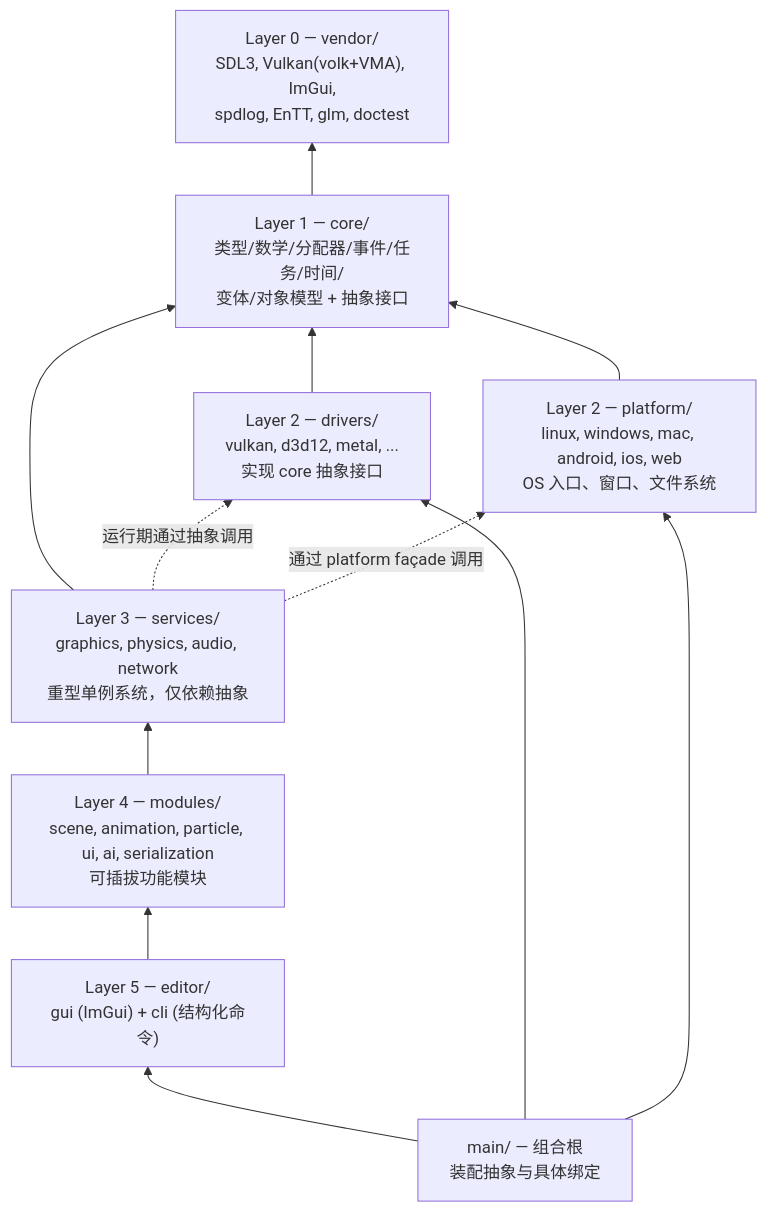
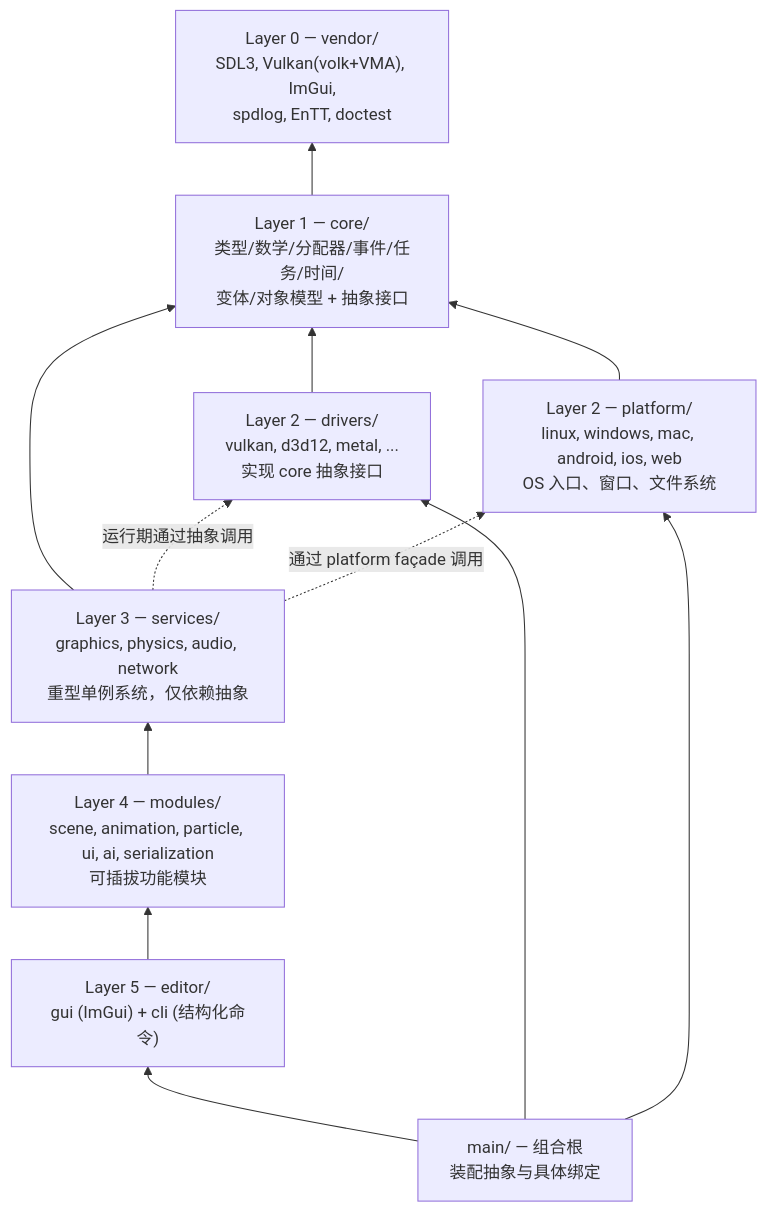
Before and after one commit to Furry-Monster/Rover: the first of 2 diagrams in docs/dev/ARCHITECTURE.md, drawn with Mermaid. The commit also changed other lines of this file and 14 other files, not shown here.

````diff
--- a/docs/dev/ARCHITECTURE.md
+++ b/docs/dev/ARCHITECTURE.md
@@ -20,23 +20,23 @@
 ```mermaid
 graph BT
-    L0["Layer 0 — vendor/<br/>SDL3, Vulkan(volk+VMA), ImGui,<br/>spdlog, EnTT, glm, doctest"]
+    L0["Layer 0 — vendor/<br/>SDL3, Vulkan(volk+VMA), ImGui,<br/>spdlog, EnTT, doctest"]
     L1["Layer 1 — core/<br/>类型/数学/分配器/事件/任务/时间/<br/>变体/对象模型 + 抽象接口"]
     L2D["Layer 2 — drivers/<br/>vulkan, d3d12, metal, ...<br/>实现 core 抽象接口"]
     L2P["Layer 2 — platform/<br/>linux, windows, mac, android, ios, web<br/>OS 入口、窗口、文件系统"]
     L3["Layer 3 — services/<br/>graphics, physics, audio, network<br/>重型单例系统，仅依赖抽象"]
     L4["Layer 4 — modules/<br/>scene, animation, particle, ui, ai, serialization<br/>可插拔功能模块"]
     L5["Layer 5 — editor/<br/>gui (ImGui) + cli (结构化命令)"]
     Main["main/ — 组合根<br/>装配抽象与具体绑定"]
 
     L1 --> L0
     L2D --> L1
     L2P --> L1
     L3 --> L1
     L3 -.->|"运行期通过抽象调用"| L2D
     L3 -.->|"通过 platform façade 调用"| L2P
     L4 --> L3
     L5 --> L4
     Main --> L5
     Main --> L2D
     Main --> L2P
 ```
````
